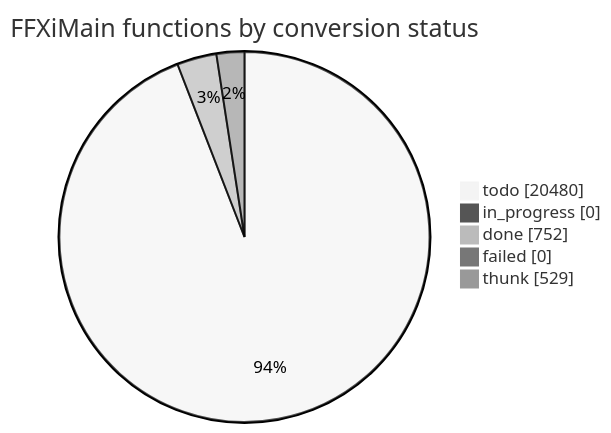
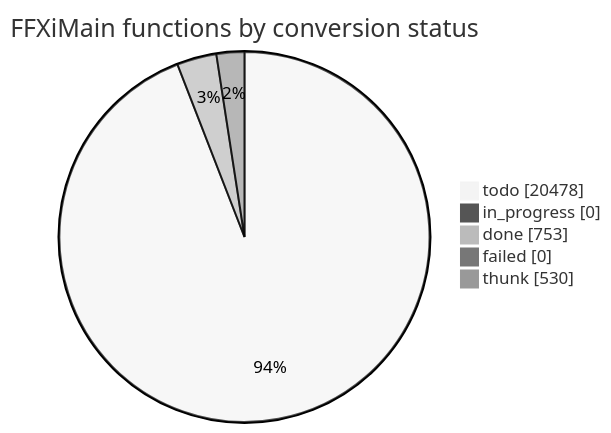
The diagram in docs/cow/STATUS.md (cowrevenge/cow_kuluu_xi_anything), drawn with Mermaid (neutral theme) before and after one commit. The commit also changed other lines of this file and 9 other files, not shown here.

````diff
--- a/docs/cow/STATUS.md
+++ b/docs/cow/STATUS.md
@@ -18,9 +18,9 @@
 ```mermaid
 pie showData
     title FFXiMain functions by conversion status
-    "todo" : 20480
+    "todo" : 20478
     "in_progress" : 0
-    "done" : 752
+    "done" : 753
     "failed" : 0
-    "thunk" : 529
+    "thunk" : 530
 ```
````
